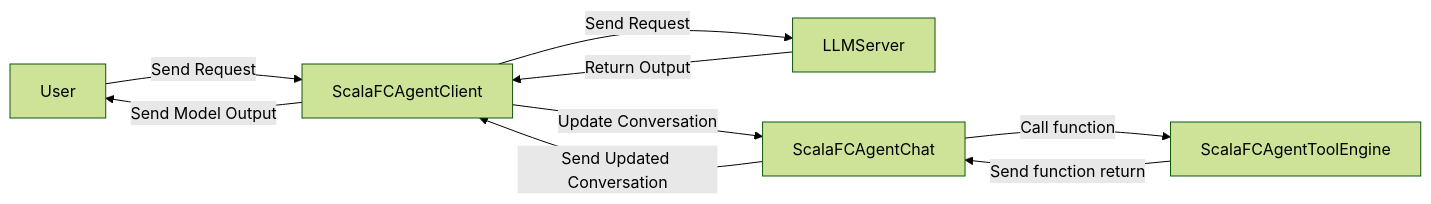
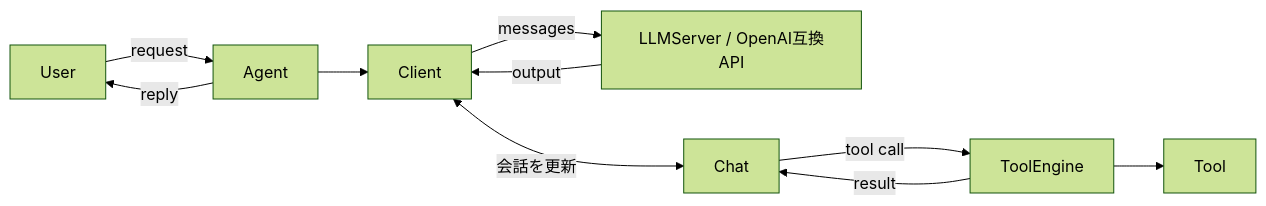
The diagram in README.md (SuperHotDogCat/ScalaFCAgent), drawn with Mermaid (forest theme) before and after one commit. The commit also changed other lines of this file, not shown here.

````diff
--- a/README.md
+++ b/README.md
@@ -4,11 +14,12 @@
 ```mermaid
 flowchart LR
-    User -->|Send Request| ScalaFCAgentClient
-    LLMServer -->|Return Output| ScalaFCAgentClient
-    ScalaFCAgentClient -->|Send Request| LLMServer
-    ScalaFCAgentClient -->|Send Model Output| User
-    ScalaFCAgentClient -->|Update Conversation| ScalaFCAgentChat
-    ScalaFCAgentChat -->|Call function| ScalaFCAgentToolEngine
-    ScalaFCAgentToolEngine -->|Send function return| ScalaFCAgentChat
-    ScalaFCAgentChat -->|Send Updated Conversation| ScalaFCAgentClient
+    User -->|request| Agent
+    Agent -->|reply| User
+    Agent --> Client
+    Client -->|messages| LLMServer[LLMServer / OpenAI互換API]
+    LLMServer -->|output| Client
+    Client <-->|会話を更新| Chat
+    Chat -->|tool call| ToolEngine
+    ToolEngine -->|result| Chat
+    ToolEngine --> Tool
 ```
````
